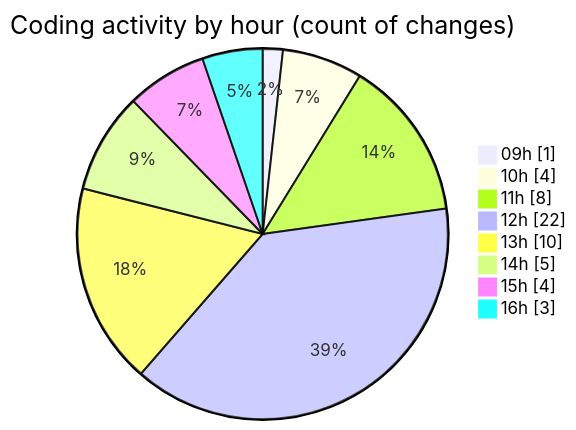
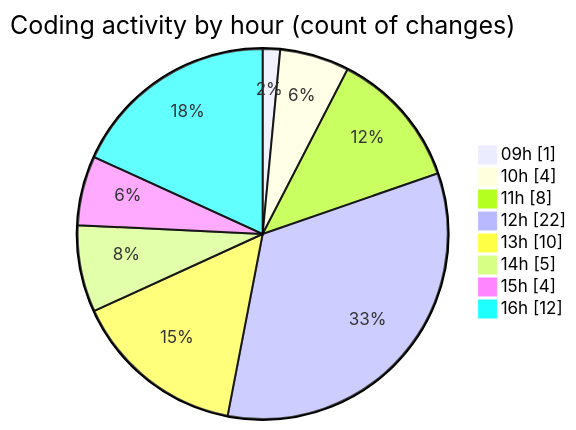
One commit to momahboobian/code-tracking changed the second of 2 diagrams in 2025-10-21/cda/README.md. Above: the diagram before and after it, drawn with Mermaid. The commit also changed other lines of this file and 1 other file, not shown here.

````diff
--- a/2025-10-21/cda/README.md
+++ b/2025-10-21/cda/README.md
@@ -43,12 +43,12 @@
 ```mermaid
 pie showData
 title Coding activity by hour (count of changes)
 "09h" : 1
 "10h" : 4
 "11h" : 8
 "12h" : 22
 "13h" : 10
 "14h" : 5
 "15h" : 4
-"16h" : 3
+"16h" : 12
 ```
````
